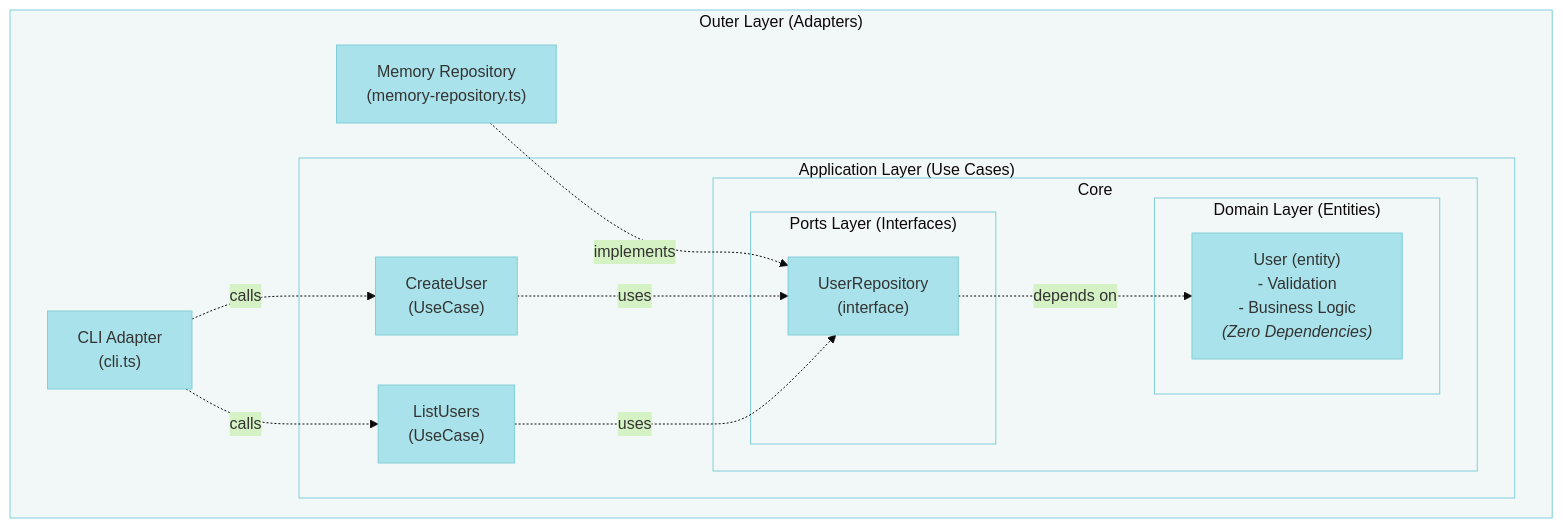
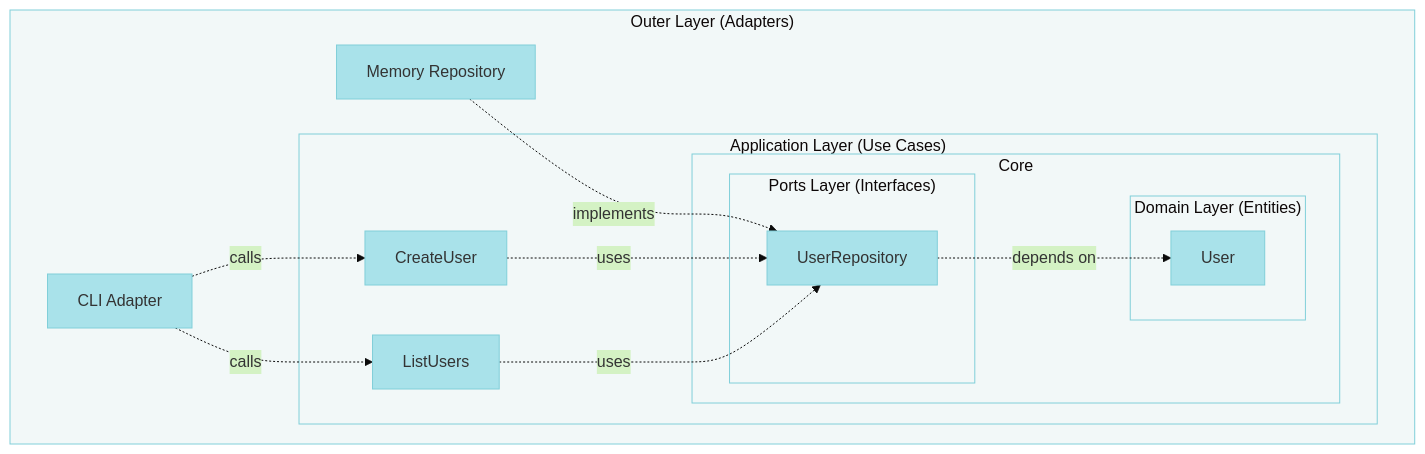
Before and after one commit to stricture-dev/stricture: the diagram in examples/simple-hexagonal/README.md, drawn with Mermaid. The commit also changed 2 other files, not shown here.

Commit message:
docs: remove HTML tags from Mermaid diagrams
Clean up diagram syntax by removing all HTML tags (br, i) for simpler,
more maintainable Mermaid code.

````diff
--- a/examples/simple-hexagonal/README.md
+++ b/examples/simple-hexagonal/README.md
@@ -21,30 +21,30 @@
 ```mermaid
 %%{init: {'theme':'base', 'themeVariables': { 'primaryColor':'hsl(187, 61%, 79%)','primaryBorderColor':'hsl(187, 54%, 68%)','secondaryColor':'hsl(100, 64%, 86%)','secondaryBorderColor':'hsl(100, 41%, 76%)','tertiaryColor':'hsl(182, 29%, 96%)','tertiaryBorderColor':'hsl(187, 54%, 68%)'}}}%%
 graph TB
     subgraph Adapters["Outer Layer (Adapters)"]
-        CLI["CLI Adapter<br/>(cli.ts)"]
-        MemRepo["Memory Repository<br/>(memory-repository.ts)"]
+        CLI["CLI Adapter"]
+        MemRepo["Memory Repository"]
 
         subgraph Application["Application Layer (Use Cases)"]
-            CreateUser["CreateUser<br/>(UseCase)"]
-            ListUsers["ListUsers<br/>(UseCase)"]
+            CreateUser["CreateUser"]
+            ListUsers["ListUsers"]
 
             subgraph PortsAndDomain["Core"]
                 subgraph Ports["Ports Layer (Interfaces)"]
-                    UserRepo["UserRepository<br/>(interface)"]
+                    UserRepo["UserRepository"]
                 end
 
                 subgraph Domain["Domain Layer (Entities)"]
-                    User["User (entity)<br/>- Validation<br/>- Business Logic<br/><i>(Zero Dependencies)</i>"]
+                    User["User"]
                 end
             end
         end
     end
 
     CLI -.calls.-> CreateUser
     CLI -.calls.-> ListUsers
     MemRepo -.implements.-> UserRepo
     CreateUser -.uses.-> UserRepo
     ListUsers -.uses.-> UserRepo
     UserRepo -.depends on.-> User
 ```
````
